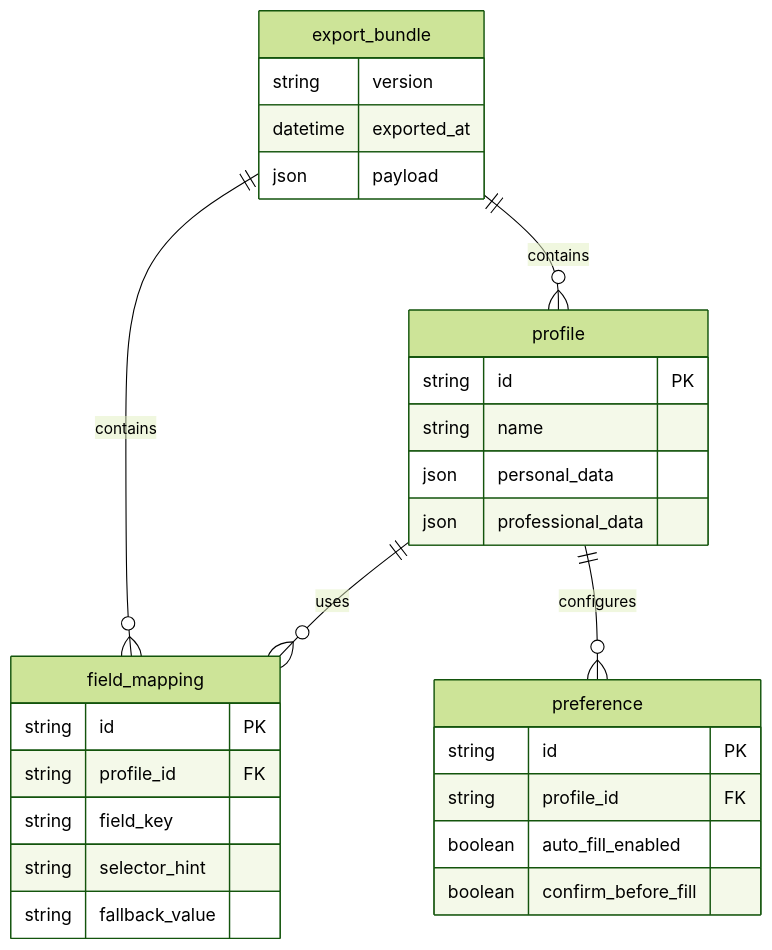
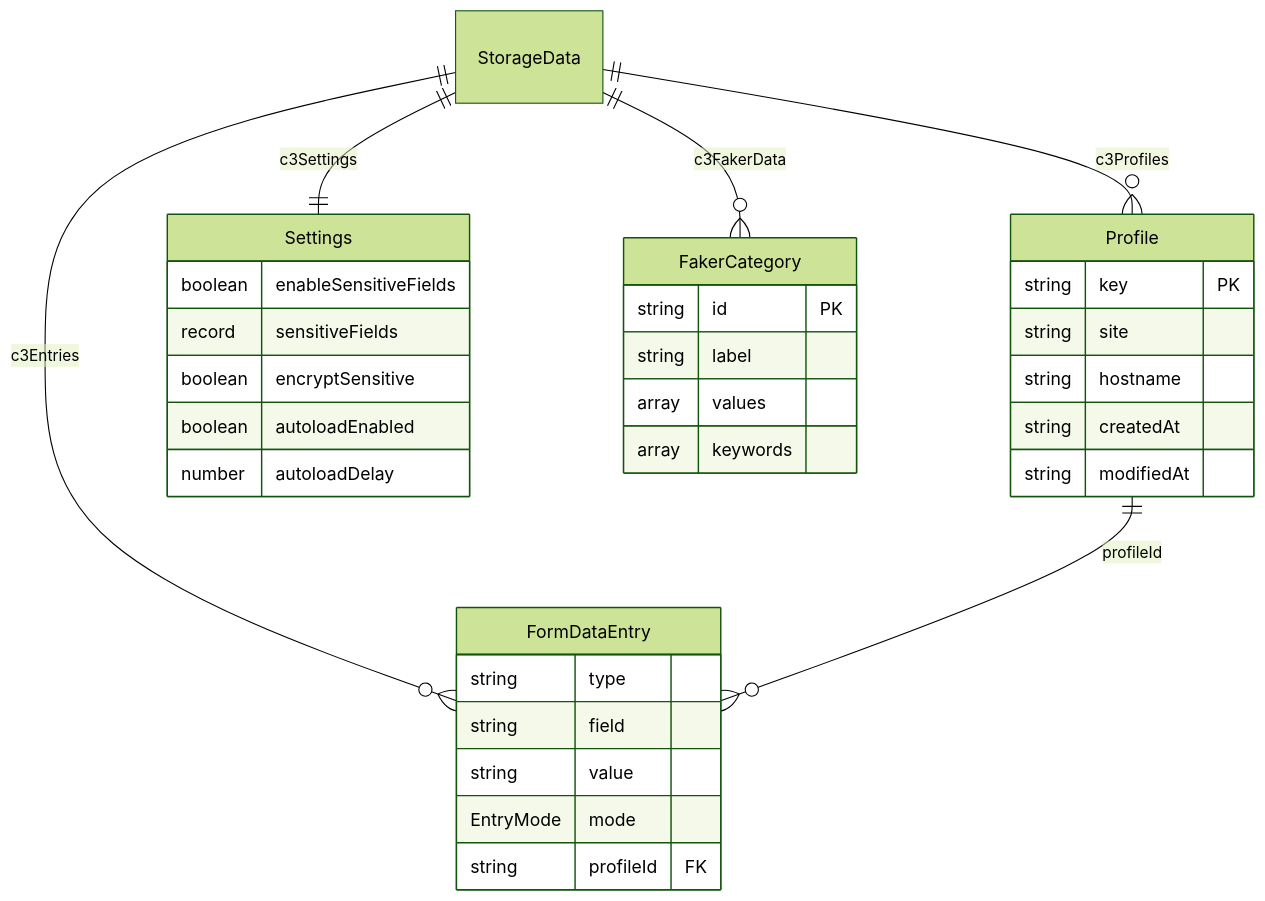
The seventh of 8 diagrams in FLAGSHIP_PROJECT/c3-autofill/DATA_FLOW.md (CodeCanvasCollective/.github), drawn with Mermaid (forest theme) before and after one commit. The commit also changed other lines of this file and 2 other files, not shown here.

First line of the commit message:
Docs: update monorepo architecture & structure

````diff
--- a/FLAGSHIP_PROJECT/c3-autofill/DATA_FLOW.md
+++ b/FLAGSHIP_PROJECT/c3-autofill/DATA_FLOW.md
@@ -120,35 +136,39 @@
 ```mermaid
 erDiagram
-    profile ||--o{ field_mapping : uses
-    profile ||--o{ preference : configures
-    export_bundle ||--o{ profile : contains
-    export_bundle ||--o{ field_mapping : contains
+    StorageData ||--o{ Profile : "c3Profiles"
+    StorageData ||--o{ FormDataEntry : "c3Entries"
+    StorageData ||--|| Settings : "c3Settings"
+    StorageData ||--o{ FakerCategory : "c3FakerData"
+    Profile ||--o{ FormDataEntry : "profileId"
 
-    profile {
-        string id PK
-        string name
-        json personal_data
-        json professional_data
+    Profile {
+        string key PK
+        string site
+        string hostname
+        string createdAt
+        string modifiedAt
     }
 
-    field_mapping {
-        string id PK
-        string profile_id FK
-        string field_key
-        string selector_hint
-        string fallback_value
+    FormDataEntry {
+        string type
+        string field
+        string value
+        EntryMode mode
+        string profileId FK
     }
 
-    preference {
-        string id PK
-        string profile_id FK
-        boolean auto_fill_enabled
-        boolean confirm_before_fill
+    Settings {
+        boolean enableSensitiveFields
+        record sensitiveFields
+        boolean encryptSensitive
+        boolean autoloadEnabled
+        number autoloadDelay
     }
 
-    export_bundle {
-        string version
-        datetime exported_at
-        json payload
+    FakerCategory {
+        string id PK
+        string label
+        array values
+        array keywords
     }
 ```
````
